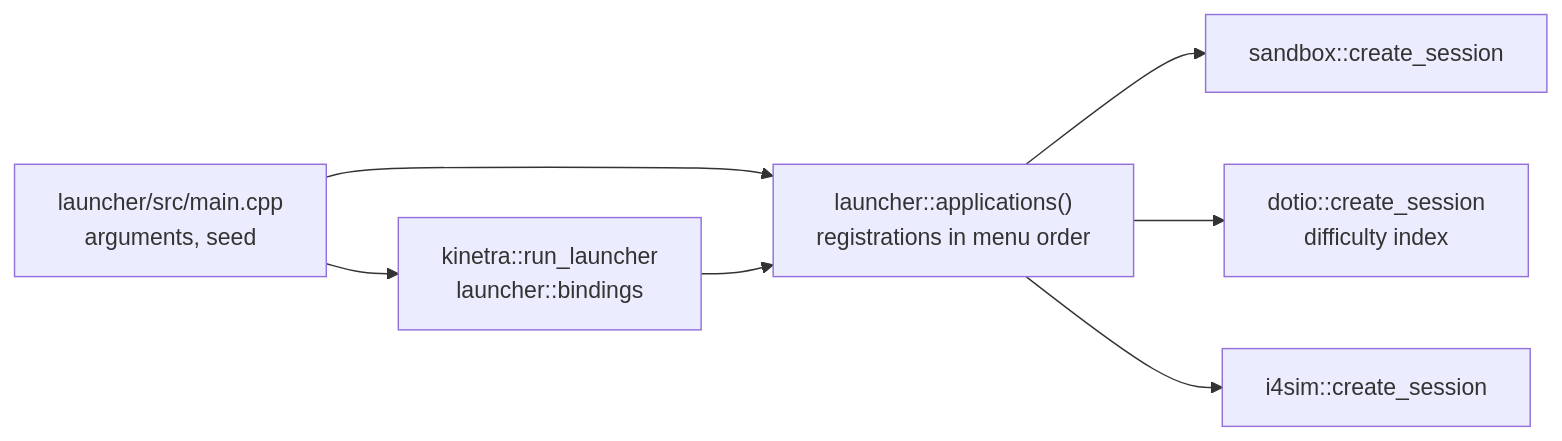
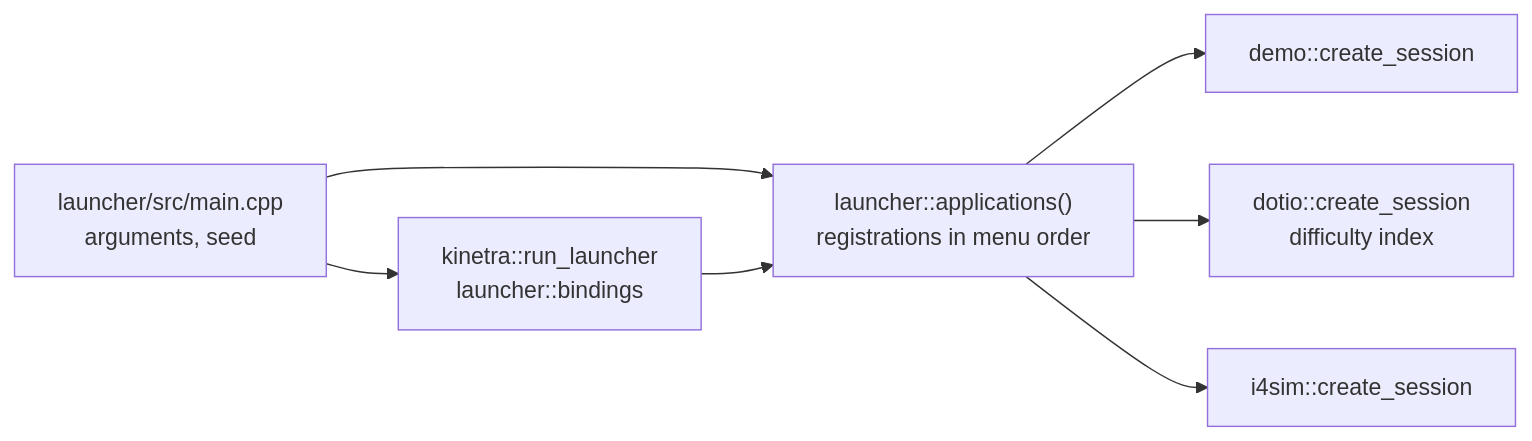
Before and after one commit to SMB-M87/Kinetra-Lab: the diagram in docs/launcher-overlays.md, drawn with Mermaid. The commit also changed other lines of this file and 28 other files, not shown here.

First line of the commit message:
refactor(demo): rename namespace sandbox to demo

````diff
--- a/docs/launcher-overlays.md
+++ b/docs/launcher-overlays.md
@@ -17,9 +17,9 @@
 ```mermaid
 flowchart LR
     Main["launcher/src/main.cpp<br/>arguments, seed"] --> Apps["launcher::applications()<br/>registrations in menu order"]
-    Apps --> Demo["sandbox::create_session"]
+    Apps --> Demo["demo::create_session"]
     Apps --> Dotio["dotio::create_session<br/>difficulty index"]
     Apps --> I4sim["i4sim::create_session"]
     Main --> Run["kinetra::run_launcher<br/>launcher::bindings"]
     Run --> Apps
 ```
````
